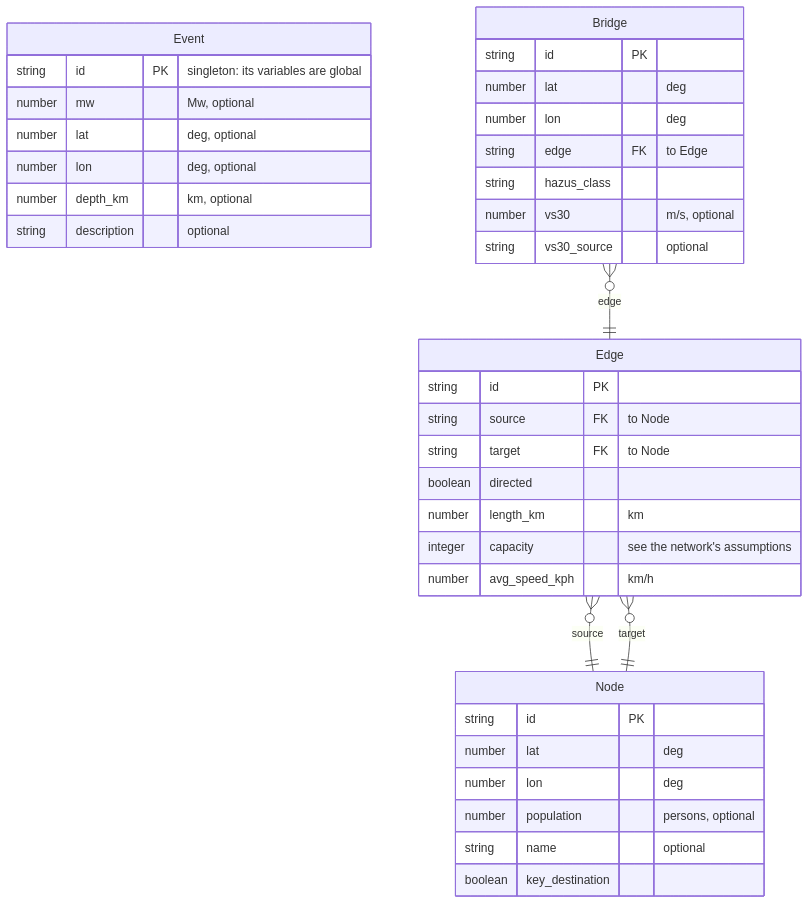
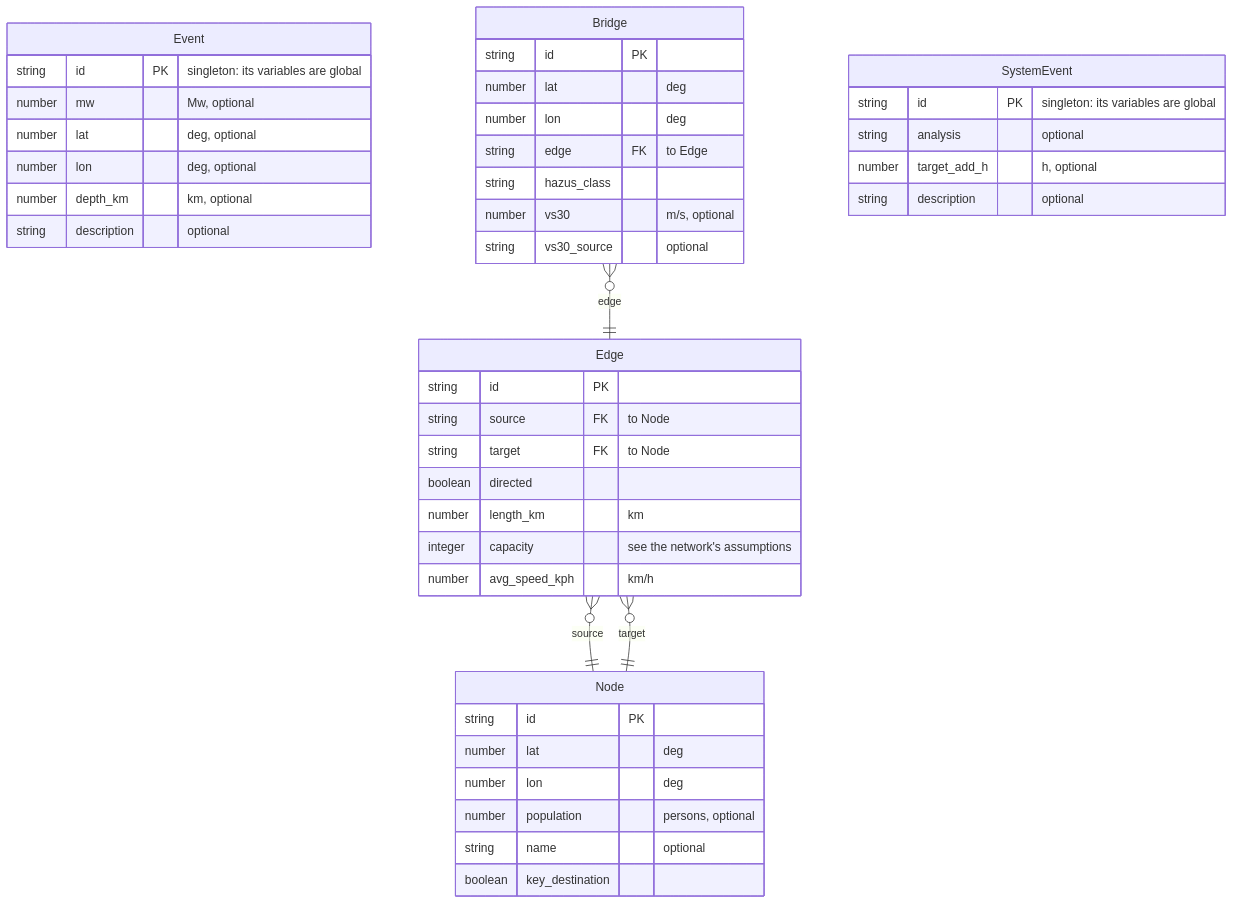
Before and after one commit to dynaryu/bn-transport-eq: the second of 2 diagrams in schema/diagram.md, drawn with Mermaid. The commit also changed other lines of this file and 122 other files, not shown here.

````diff
--- a/schema/diagram.md
+++ b/schema/diagram.md
@@ -76,40 +75,46 @@
 ```mermaid
 erDiagram
     Event {
         string id PK "singleton: its variables are global"
         number mw "Mw, optional"
         number lat "deg, optional"
         number lon "deg, optional"
         number depth_km "km, optional"
         string description "optional"
     }
     Node {
         string id PK
         number lat "deg"
         number lon "deg"
         number population "persons, optional"
         string name "optional"
         boolean key_destination
     }
     Edge {
         string id PK
         string source FK "to Node"
         string target FK "to Node"
         boolean directed
         number length_km "km"
         integer capacity "see the network's assumptions"
         number avg_speed_kph "km/h"
     }
     Bridge {
         string id PK
         number lat "deg"
         number lon "deg"
         string edge FK "to Edge"
         string hazus_class
         number vs30 "m/s, optional"
         string vs30_source "optional"
     }
+    SystemEvent {
+        string id PK "singleton: its variables are global"
+        string analysis "optional"
+        number target_add_h "h, optional"
+        string description "optional"
+    }
     Edge }o--|| Node : source
     Edge }o--|| Node : target
     Bridge }o--|| Edge : edge
 ```
````
